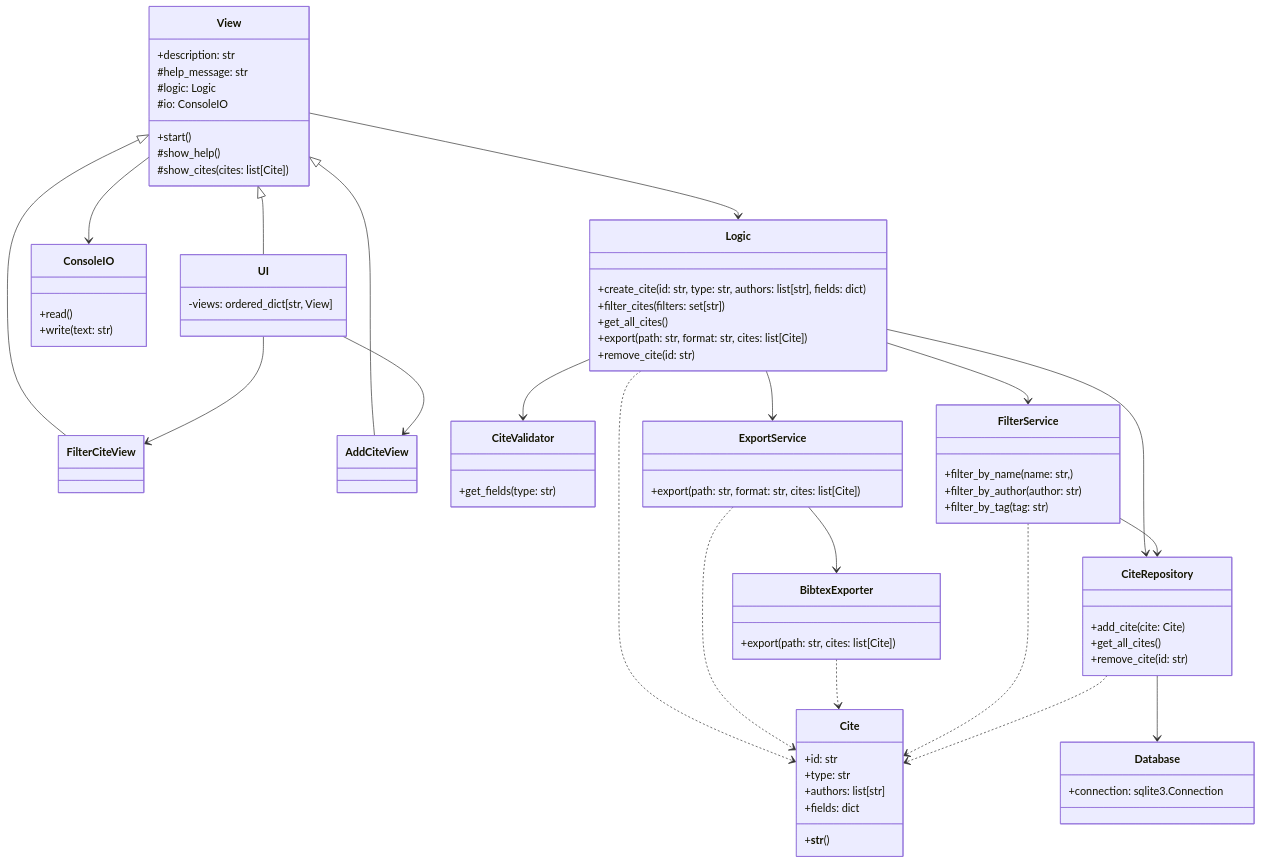
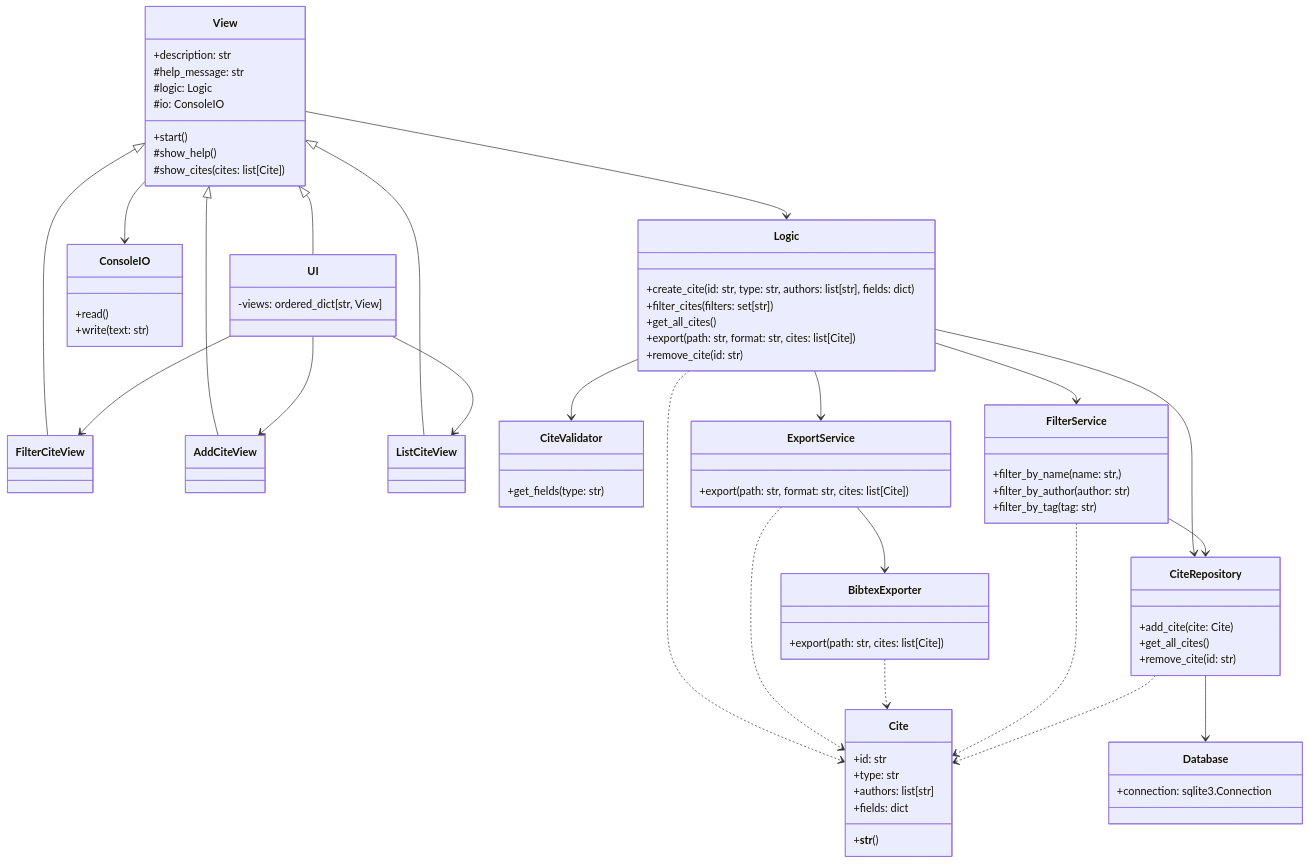
The second of 2 diagrams in docs/arkkitehtuuri.md (TheJiahao/ohtu-miniprojekti), drawn with Mermaid before and after one commit.

```diff
--- a/docs/arkkitehtuuri.md
+++ b/docs/arkkitehtuuri.md
@@ -28,9 +28,11 @@
 View <|-- UI
 View <|-- FilterCiteView
 View <|-- AddCiteView
+View <|-- ListCiteView
 
 UI --> FilterCiteView
 UI --> AddCiteView
+UI --> ListCiteView
 
 Logic --> CiteValidator
 Logic ..> Cite
```
